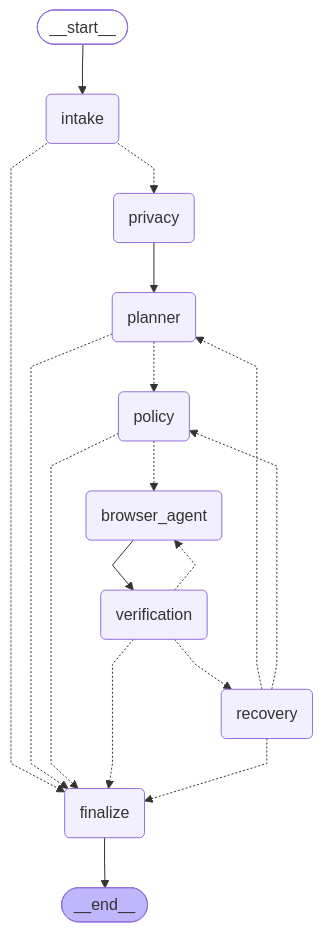
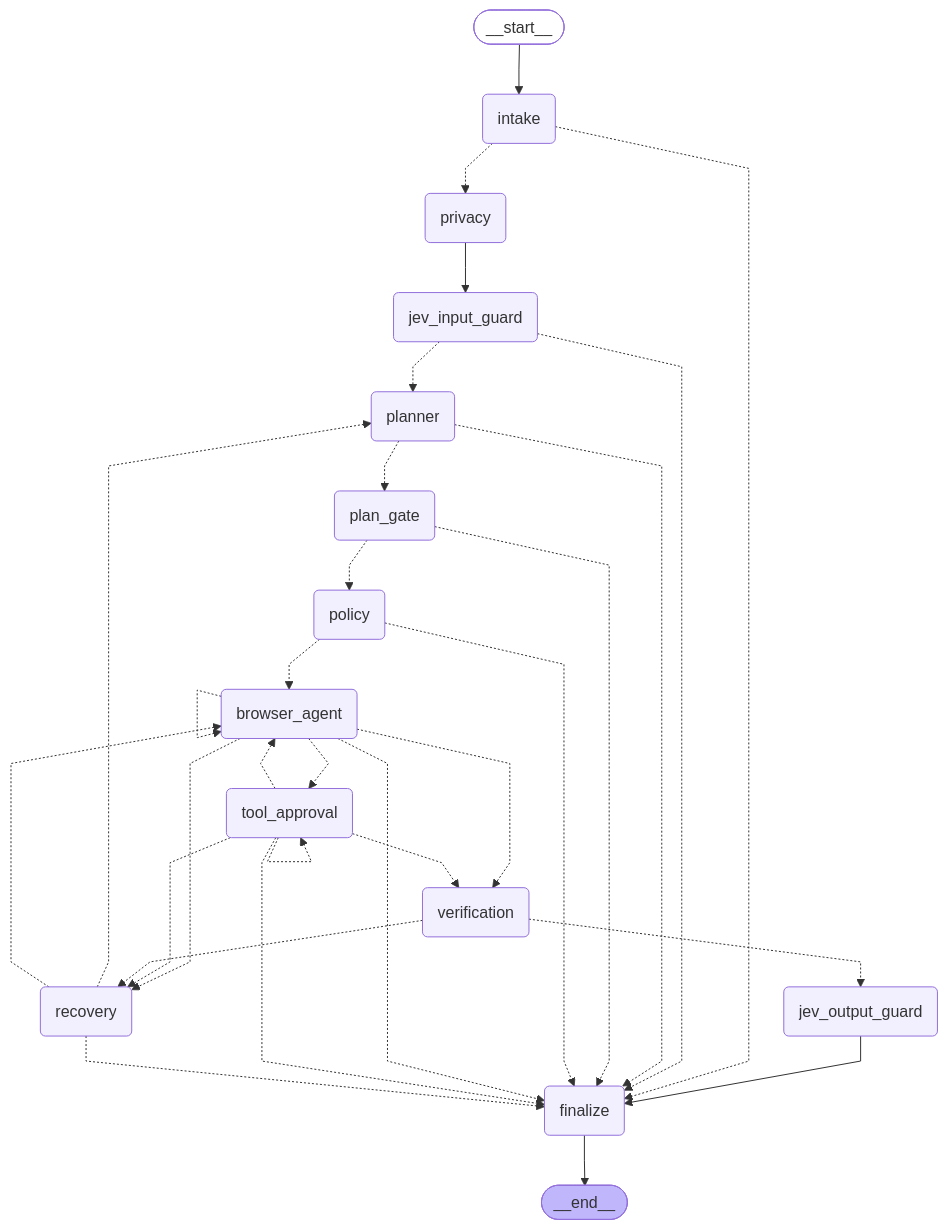
Before and after one commit to Sahil-coder-30/Pratyaksha: the diagram in Docs/agent-graph.mmd, drawn with Mermaid. The commit also changed 22 other files, not shown here.

```diff
--- a/Docs/agent-graph.mmd
+++ b/Docs/agent-graph.mmd
@@ -1,31 +1,48 @@
 %%{init: {'flowchart': {'curve': 'linear'}}}%%
 graph TD;
 	__start__([<p>__start__</p>]):::first
 	intake(intake)
 	privacy(privacy)
+	jev_input_guard(jev_input_guard)
 	planner(planner)
+	plan_gate(plan_gate)
 	policy(policy)
 	browser_agent(browser_agent)
+	tool_approval(tool_approval)
 	verification(verification)
 	recovery(recovery)
+	jev_output_guard(jev_output_guard)
 	finalize(finalize)
 	__end__([<p>__end__</p>]):::last
 	__start__ --> intake;
-	browser_agent --> verification;
 	finalize --> __end__;
-	privacy --> planner;
+	jev_output_guard --> finalize;
+	privacy --> jev_input_guard;
 	intake -.-> privacy;
 	intake -.-> finalize;
-	planner -.-> policy;
+	jev_input_guard -.-> planner;
+	jev_input_guard -.-> finalize;
+	planner -.-> plan_gate;
 	planner -.-> finalize;
+	plan_gate -.-> policy;
+	plan_gate -.-> finalize;
 	policy -.-> browser_agent;
 	policy -.-> finalize;
-	verification -.-> finalize;
+	browser_agent -.-> tool_approval;
+	browser_agent -.-> verification;
+	browser_agent -.-> recovery;
+	browser_agent -.-> finalize;
+	tool_approval -.-> verification;
+	tool_approval -.-> recovery;
+	tool_approval -.-> browser_agent;
+	tool_approval -.-> finalize;
+	verification -.-> jev_output_guard;
 	verification -.-> recovery;
-	verification -.-> browser_agent;
 	recovery -.-> finalize;
 	recovery -.-> planner;
-	recovery -.-> policy;
+	recovery -.-> browser_agent;
+	browser_agent -.-> browser_agent;
+	tool_approval -.-> tool_approval;
 	classDef default fill:#f2f0ff,line-height:1.2;
 	classDef first fill-opacity:0;
 	classDef last fill:#bfb6fc;
```
